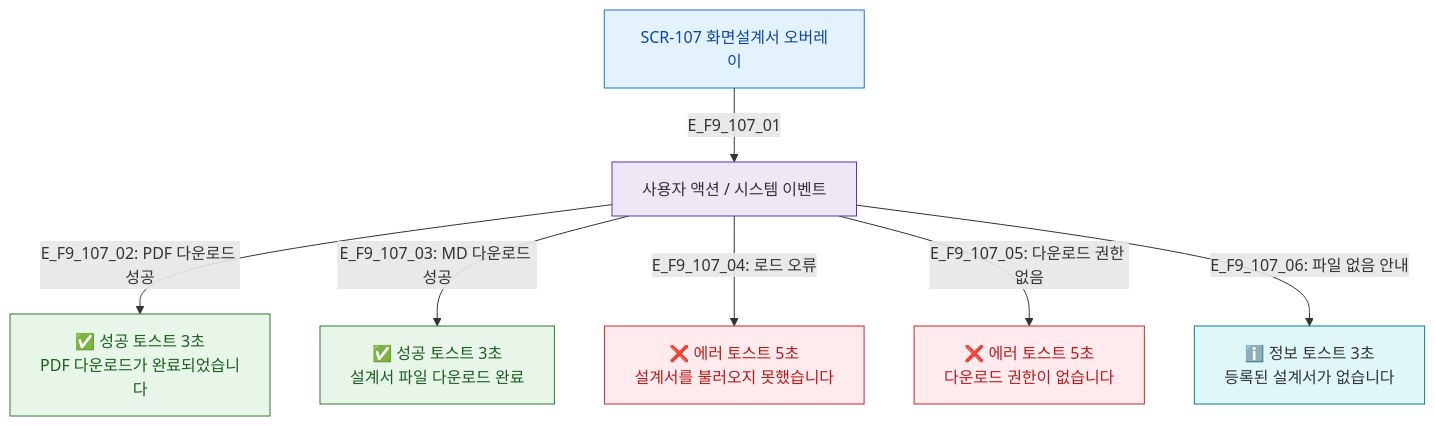
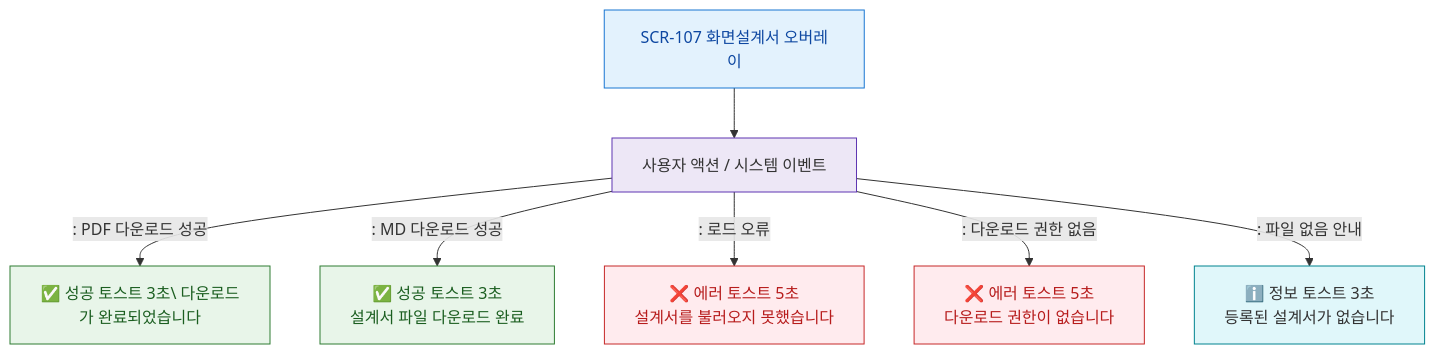
One commit to dev-spogym/admin-pando changed the diagram in docs/다이어그램/D01_공통/SCR-107_화면설계서오버레이/F9_토스트.md. Above: the diagram before and after it, drawn with Mermaid. The commit also changed other lines of this file and 1660 other files, not shown here.

First line of the commit message:
다이어그램: 기획자/클라이언트 납품본으로 정리

````diff
--- a/docs/다이어그램/D01_공통/SCR-107_화면설계서오버레이/F9_토스트.md
+++ b/docs/다이어그램/D01_공통/SCR-107_화면설계서오버레이/F9_토스트.md
@@ -19,23 +17,23 @@
 ```mermaid
 flowchart TD
-    SCR_107[SCR-107 화면설계서 오버레이] -->|E_F9_107_01| ACTIONS[사용자 액션 / 시스템 이벤트]
+    SCR_107[SCR-107 화면설계서 오버레이] --> ACTIONS[사용자 액션 / 시스템 이벤트]
 
-    ACTIONS -->|"E_F9_107_02: PDF 다운로드 성공"| T_SUCCESS_1[✅ 성공 토스트 3초\nPDF 다운로드가 완료되었습니다]
-    ACTIONS -->|"E_F9_107_03: MD 다운로드 성공"| T_SUCCESS_2[✅ 성공 토스트 3초\n설계서 파일 다운로드 완료]
+    ACTIONS -->|": PDF 다운로드 성공"|T_SUCCESS_1[✅ 성공 토스트 3초\ 다운로드가 완료되었습니다]
+    ACTIONS -->|": MD 다운로드 성공"|T_SUCCESS_2[✅ 성공 토스트 3초\n설계서 파일 다운로드 완료]
 
-    ACTIONS -->|"E_F9_107_04: 로드 오류"| T_ERR_1[❌ 에러 토스트 5초\n설계서를 불러오지 못했습니다]
-    ACTIONS -->|"E_F9_107_05: 다운로드 권한 없음"| T_ERR_2[❌ 에러 토스트 5초\n다운로드 권한이 없습니다]
+    ACTIONS -->|": 로드 오류"|T_ERR_1[❌ 에러 토스트 5초\n설계서를 불러오지 못했습니다]
+    ACTIONS -->|": 다운로드 권한 없음"|T_ERR_2[❌ 에러 토스트 5초\n다운로드 권한이 없습니다]
 
-    ACTIONS -->|"E_F9_107_06: 파일 없음 안내"| T_INFO_1[ℹ️ 정보 토스트 3초\n등록된 설계서가 없습니다]
+    ACTIONS -->|": 파일 없음 안내"|T_INFO_1[ℹ️ 정보 토스트 3초\n등록된 설계서가 없습니다]
 
     classDef success fill:#E8F5E9,stroke:#2E7D32,color:#1B5E20
-    classDef error   fill:#FFEBEE,stroke:#C62828,color:#B71C1C
-    classDef info    fill:#E0F7FA,stroke:#00838F
-    classDef screen  fill:#E3F2FD,stroke:#1976D2,color:#0D47A1
-    classDef system  fill:#EDE7F6,stroke:#5E35B2
+    classDef error fill:#FFEBEE,stroke:#C62828,color:#B71C1C
+    classDef info fill:#E0F7FA,stroke:#00838F
+    classDef screen fill:#E3F2FD,stroke:#1976D2,color:#0D47A1
+    classDef system fill:#EDE7F6,stroke:#5E35B2
     class T_SUCCESS_1,T_SUCCESS_2 success
     class T_ERR_1,T_ERR_2 error
     class T_INFO_1 info
     class SCR_107 screen
     class ACTIONS system
 ```
````
